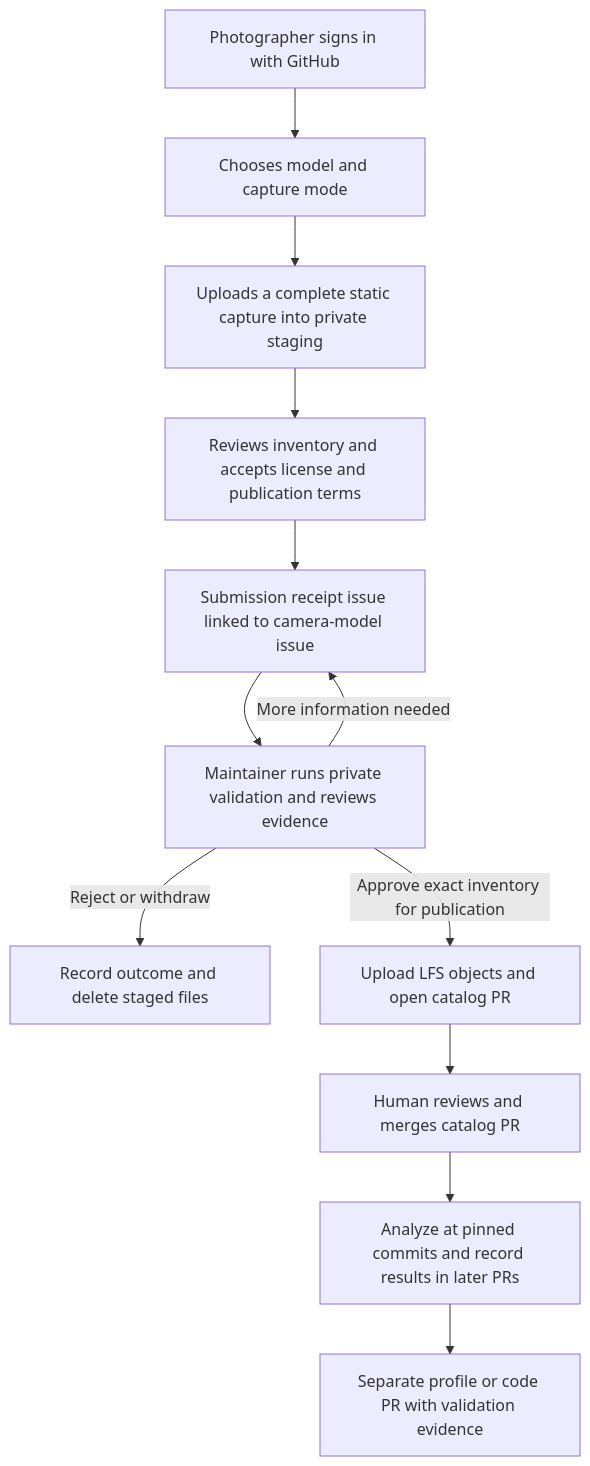
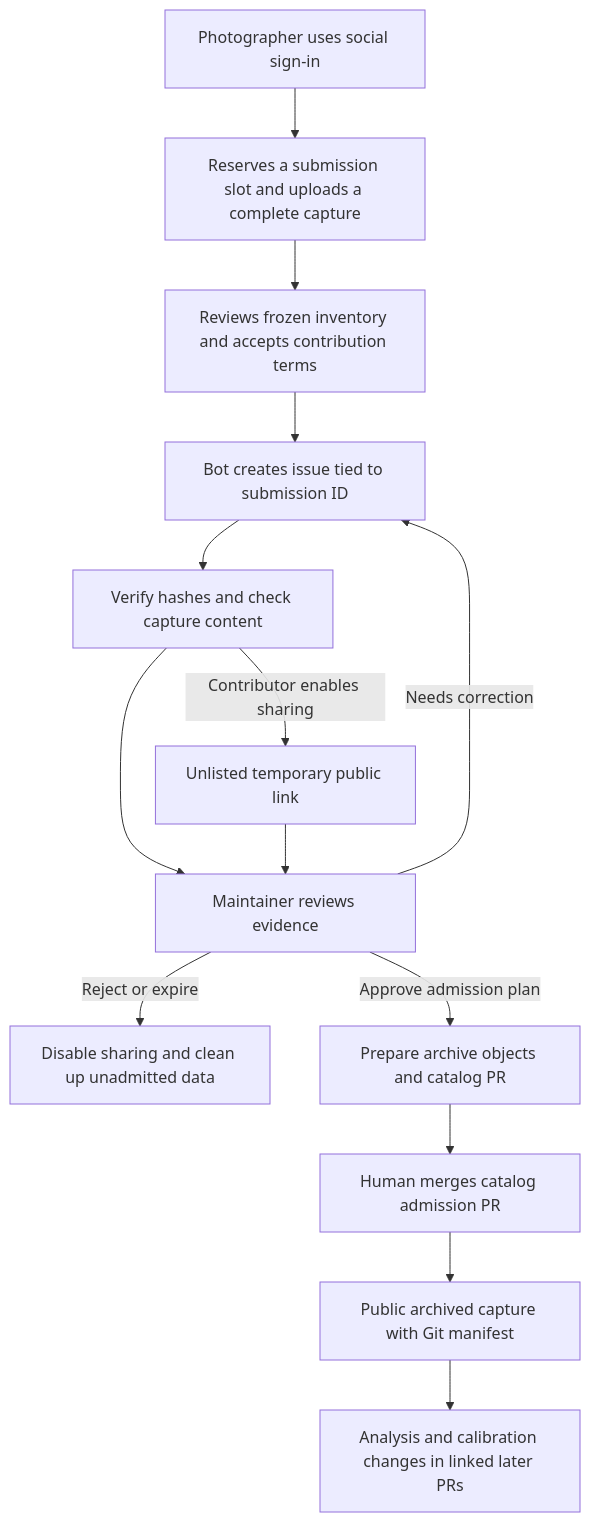
One commit to Niklas-labs/lightroom-pixel-shift-plugin changed the first of 2 diagrams in docs/adr/0001-community-capture-submissions.md. Above: the diagram before and after it, drawn with Mermaid. The commit also changed other lines of this file, not shown here.

Commit message:
docs: revise capture ADR for social identity, R2 archive and bounded early sharing

````diff
--- a/docs/adr/0001-community-capture-submissions.md
+++ b/docs/adr/0001-community-capture-submissions.md
@@ -68,14 +70,16 @@
 ```mermaid
 flowchart TD
-    A[Photographer signs in with GitHub] --> B[Chooses model and capture mode]
-    B --> C[Uploads a complete static capture into private staging]
-    C --> D[Reviews inventory and accepts license and publication terms]
-    D --> E[Submission receipt issue linked to camera-model issue]
-    E --> F[Maintainer runs private validation and reviews evidence]
-    F -->|More information needed| E
-    F -->|Reject or withdraw| X[Record outcome and delete staged files]
-    F -->|Approve exact inventory for publication| G[Upload LFS objects and open catalog PR]
-    G --> H[Human reviews and merges catalog PR]
-    H --> I[Analyze at pinned commits and record results in later PRs]
-    I --> J[Separate profile or code PR with validation evidence]
+    A[Photographer uses social sign-in] --> B[Reserves a submission slot and uploads a complete capture]
+    B --> C[Reviews frozen inventory and accepts contribution terms]
+    C --> D[Bot creates issue tied to submission ID]
+    D --> E[Verify hashes and check capture content]
+    E -->|Contributor enables sharing| S[Unlisted temporary public link]
+    E --> F[Maintainer reviews evidence]
+    S --> F
+    F -->|Needs correction| D
+    F -->|Reject or expire| X[Disable sharing and clean up unadmitted data]
+    F -->|Approve admission plan| G[Prepare archive objects and catalog PR]
+    G --> H[Human merges catalog admission PR]
+    H --> I[Public archived capture with Git manifest]
+    I --> J[Analysis and calibration changes in linked later PRs]
 ```
````
